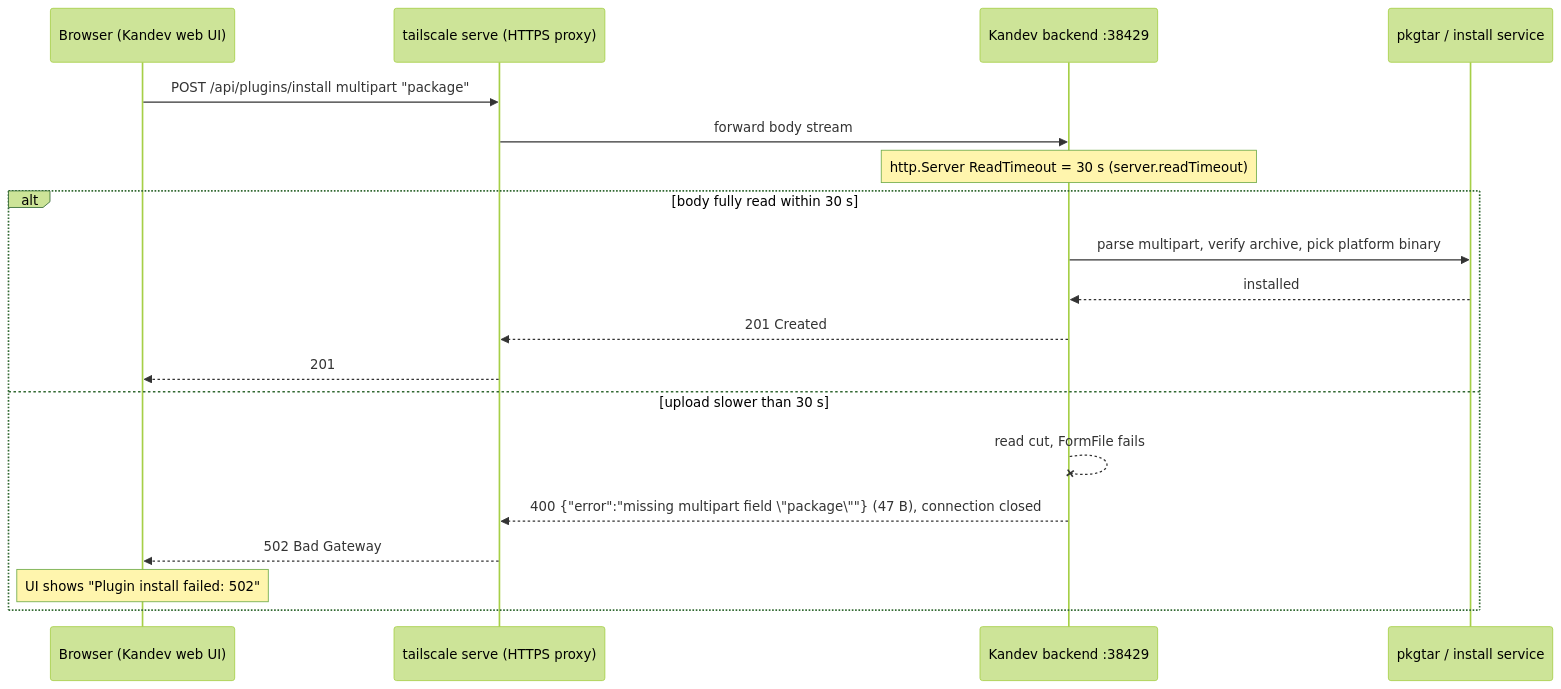
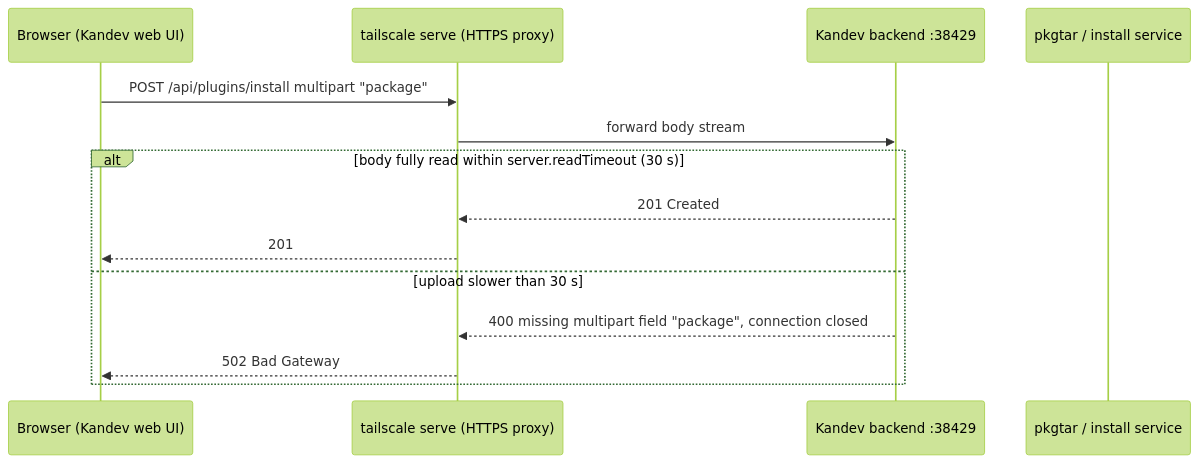
The seventh of 8 diagrams in aidlc/spaces/default/codekb/kandev-plugin-nulab-backlog/architecture.md (khuongdo/kandev-plugin-nulab-backlog), drawn with Mermaid (forest theme) before and after one commit. The commit also changed other lines of this file and 55 other files, not shown here.

````diff
--- a/aidlc/spaces/default/codekb/kandev-plugin-nulab-backlog/architecture.md
+++ b/aidlc/spaces/default/codekb/kandev-plugin-nulab-backlog/architecture.md
@@ -122,21 +177,16 @@
 ```mermaid
 sequenceDiagram
   participant B as Browser (Kandev web UI)
   participant T as tailscale serve (HTTPS proxy)
   participant K as Kandev backend :38429
   participant P as pkgtar / install service
   B->>T: POST /api/plugins/install multipart "package"
   T->>K: forward body stream
-  Note over K: http.Server ReadTimeout = 30 s (server.readTimeout)
-  alt body fully read within 30 s
-    K->>P: parse multipart, verify archive, pick platform binary
-    P-->>K: installed
+  alt body fully read within server.readTimeout (30 s)
     K-->>T: 201 Created
     T-->>B: 201
   else upload slower than 30 s
-    K--xK: read cut, FormFile fails
-    K-->>T: 400 {"error":"missing multipart field \"package\""} (47 B), connection closed
+    K-->>T: 400 missing multipart field "package", connection closed
     T-->>B: 502 Bad Gateway
-    Note over B: UI shows "Plugin install failed: 502"
   end
 ```
````
